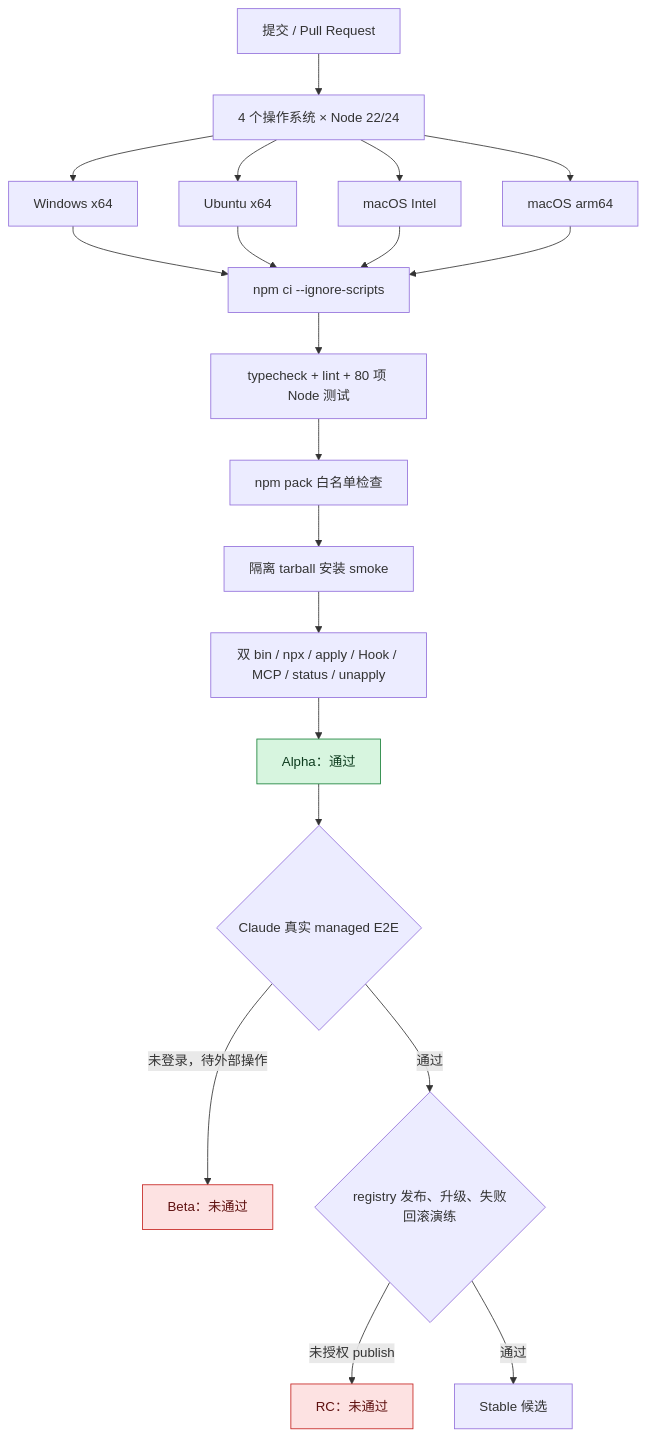
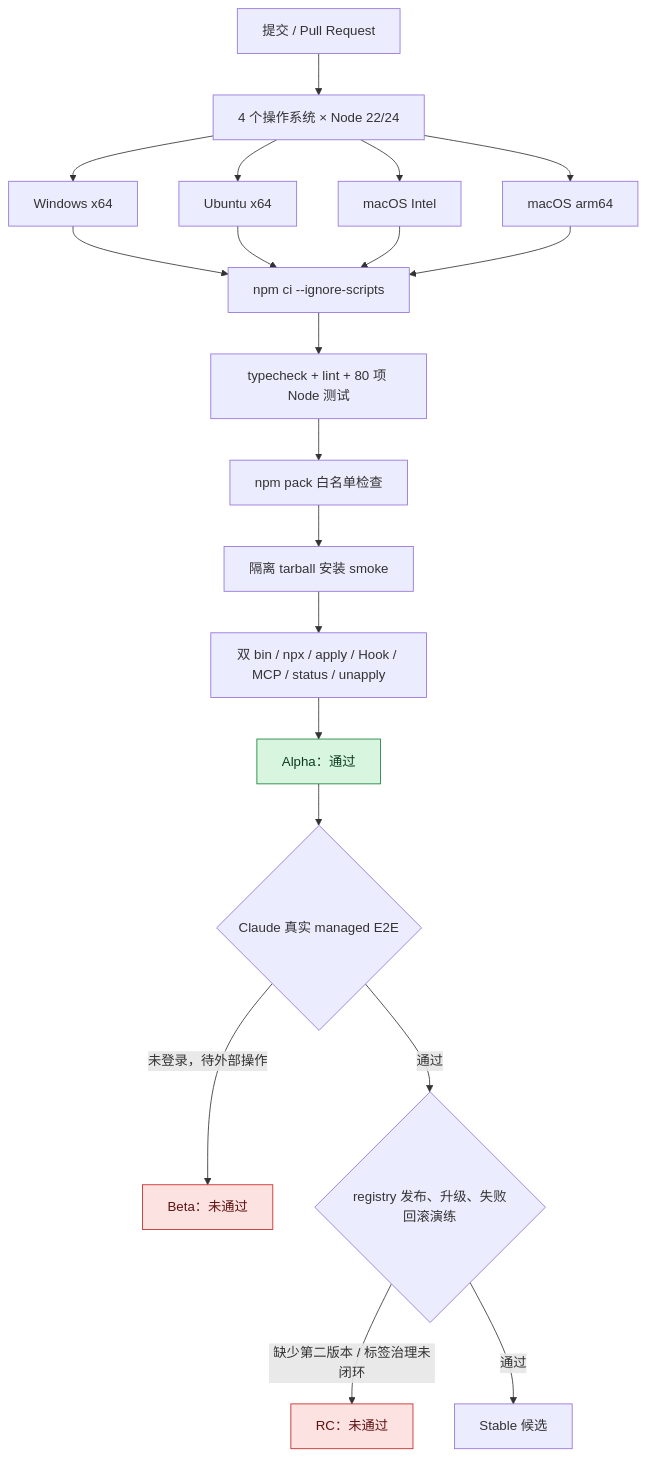
One commit to five-five0909/multi-teammates-agents changed the tenth of 11 diagrams in .trellis/tasks/08-09-npm-typescript-harness-rearchitecture/system-flow-and-delivery-report.md. Above: the diagram before and after it, drawn with Mermaid. The commit also changed other lines of this file and 2 other files, not shown here.

````diff
--- a/.trellis/tasks/08-09-npm-typescript-harness-rearchitecture/system-flow-and-delivery-report.md
+++ b/.trellis/tasks/08-09-npm-typescript-harness-rearchitecture/system-flow-and-delivery-report.md
@@ -304,25 +306,25 @@
 ```mermaid
 flowchart TD
     C["提交 / Pull Request"] --> M["4 个操作系统 × Node 22/24"]
     M --> W["Windows x64"]
     M --> U["Ubuntu x64"]
     M --> MI["macOS Intel"]
     M --> MA["macOS arm64"]
     W & U & MI & MA --> V["npm ci --ignore-scripts"]
     V --> T["typecheck + lint + 80 项 Node 测试"]
     T --> P["npm pack 白名单检查"]
     P --> S["隔离 tarball 安装 smoke"]
     S --> X["双 bin / npx / apply / Hook / MCP / status / unapply"]
     X --> A["Alpha：通过"]
 
     A --> B{"Claude 真实 managed E2E"}
     B -->|"未登录，待外部操作"| BB["Beta：未通过"]
     B -->|"通过"| R{"registry 发布、升级、失败回滚演练"}
-    R -->|"未授权 publish"| RR["RC：未通过"]
+    R -->|"缺少第二版本 / 标签治理未闭环"| RR["RC：未通过"]
     R -->|"通过"| ST["Stable 候选"]
 
     classDef passed fill:#d7f5df,stroke:#188038,color:#0d3b1e;
     classDef blocked fill:#fde2e2,stroke:#c5221f,color:#5f1110;
     class A passed;
     class BB,RR blocked;
 ```
````
